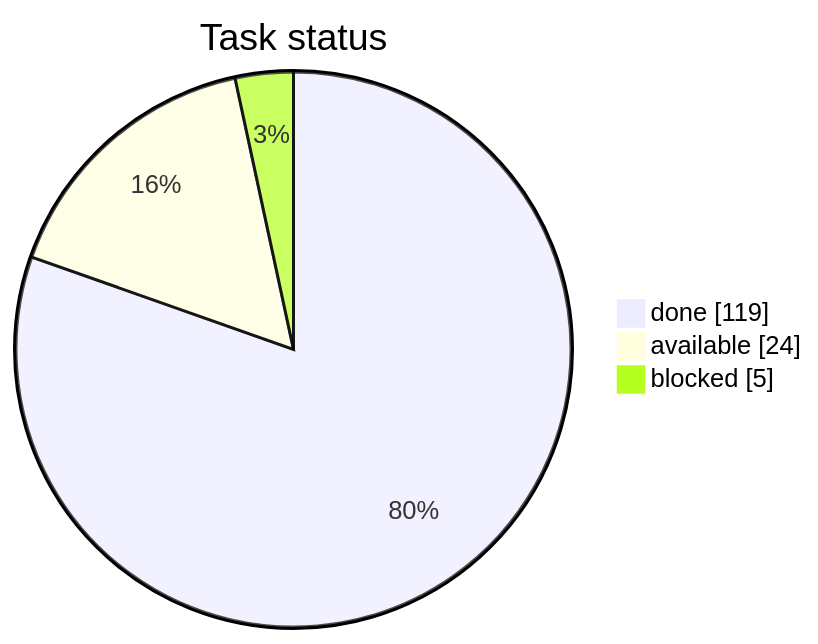
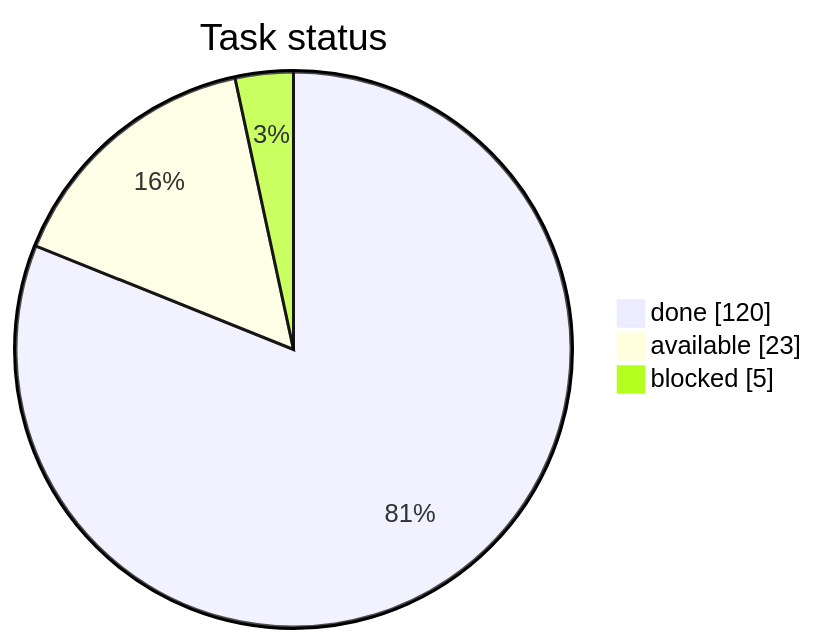
One commit to artemiiShabanov/RallyRivals changed the first of 3 diagrams in STATUS.md. Above: the diagram before and after it, drawn with Mermaid. The commit also changed other lines of this file and 6 other files, not shown here.

````diff
--- a/STATUS.md
+++ b/STATUS.md
@@ -7,7 +7,7 @@
 ```mermaid
 pie showData
     title Task status
-    "done" : 119
-    "available" : 24
+    "done" : 120
+    "available" : 23
     "blocked" : 5
 ```
````
